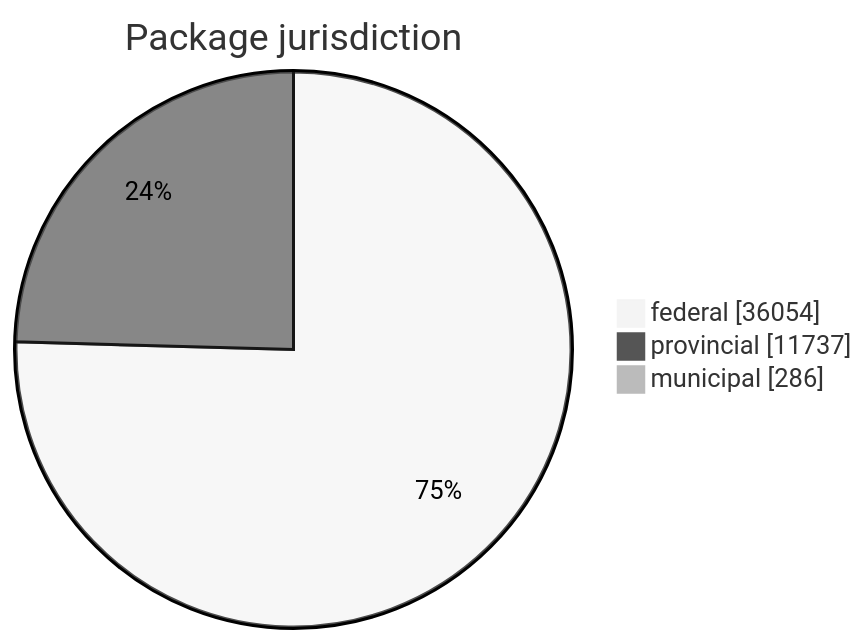
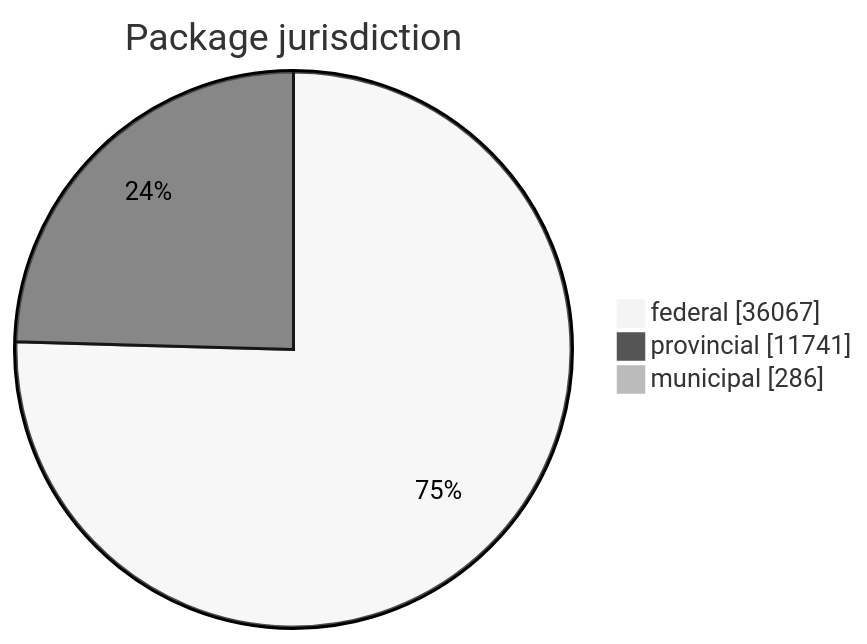
Before and after one commit to open-data/analytics-corporate-reporting: the first of 5 diagrams in FreshCheck/README.md, drawn with Mermaid (neutral theme). The commit also changed other lines of this file and 3 other files, not shown here.

````diff
--- a/FreshCheck/README.md
+++ b/FreshCheck/README.md
@@ -60,6 +60,6 @@
 ```mermaid
 pie showData title Package jurisdiction
-    "federal": 36054
-    "provincial": 11737
+    "federal": 36067
+    "provincial": 11741
     "municipal": 286
 ```
````
